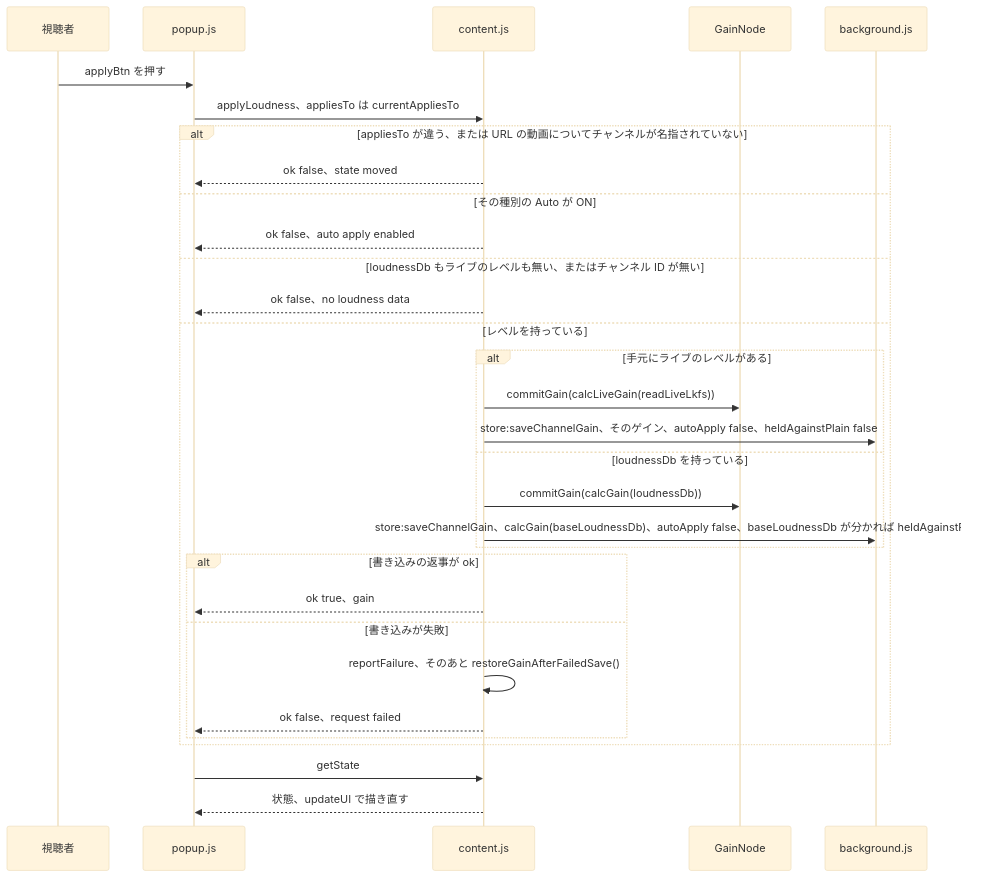
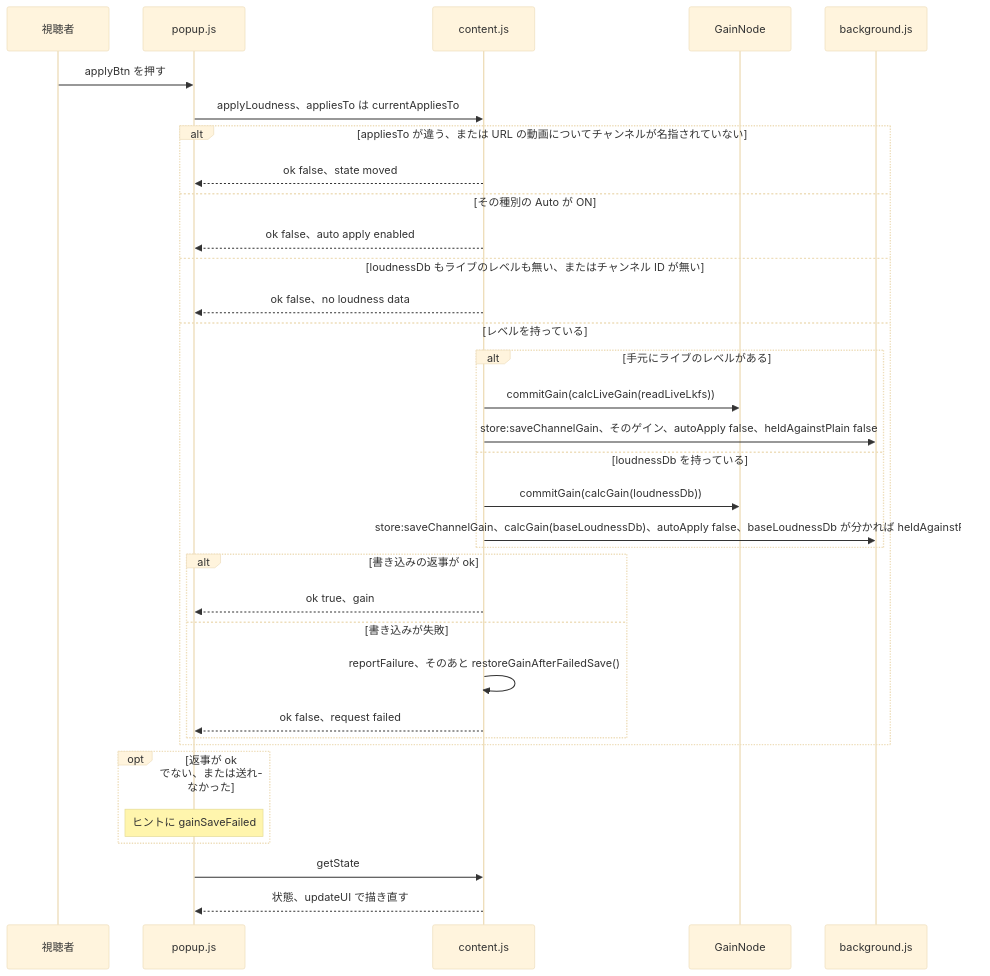
The fifth of 14 diagrams in docs/gain-change-and-save.ja.md (semnil/yt-channel-volume), drawn with Mermaid (base theme) before and after one commit. The commit also changed other lines of this file and 10 other files, not shown here.

````diff
--- a/docs/gain-change-and-save.ja.md
+++ b/docs/gain-change-and-save.ja.md
@@ -253,33 +255,36 @@
 ```mermaid
 sequenceDiagram
   participant V as 視聴者
   participant P as popup.js
   participant C as content.js
   participant G as GainNode
   participant W as background.js
   V->>P: applyBtn を押す
   P->>C: applyLoudness、appliesTo は currentAppliesTo
   alt appliesTo が違う、または URL の動画についてチャンネルが名指されていない
     C-->>P: ok false、state moved
   else その種別の Auto が ON
     C-->>P: ok false、auto apply enabled
   else loudnessDb もライブのレベルも無い、またはチャンネル ID が無い
     C-->>P: ok false、no loudness data
   else レベルを持っている
     alt 手元にライブのレベルがある
       C->>G: commitGain(calcLiveGain(readLiveLkfs))
       C->>W: store:saveChannelGain、そのゲイン、autoApply false、heldAgainstPlain false
     else loudnessDb を持っている
       C->>G: commitGain(calcGain(loudnessDb))
       C->>W: store:saveChannelGain、calcGain(baseLoudnessDb)、autoApply false、baseLoudnessDb が分かれば heldAgainstPlain
     end
     alt 書き込みの返事が ok
       C-->>P: ok true、gain
     else 書き込みが失敗
       C->>C: reportFailure、そのあと restoreGainAfterFailedSave()
       C-->>P: ok false、request failed
     end
   end
+  opt 返事が ok でない、または送れなかった
+    Note over P: ヒントに gainSaveFailed
+  end
   P->>C: getState
   C-->>P: 状態、updateUI で描き直す
 ```
````
